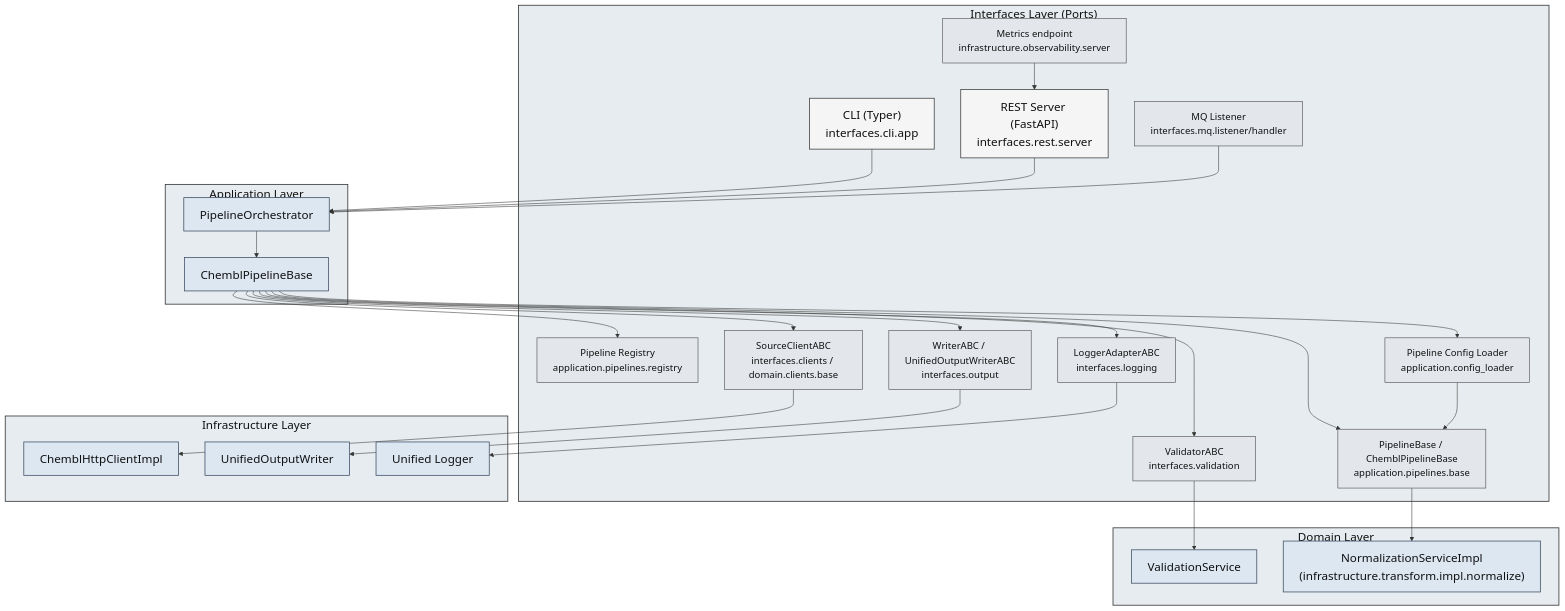
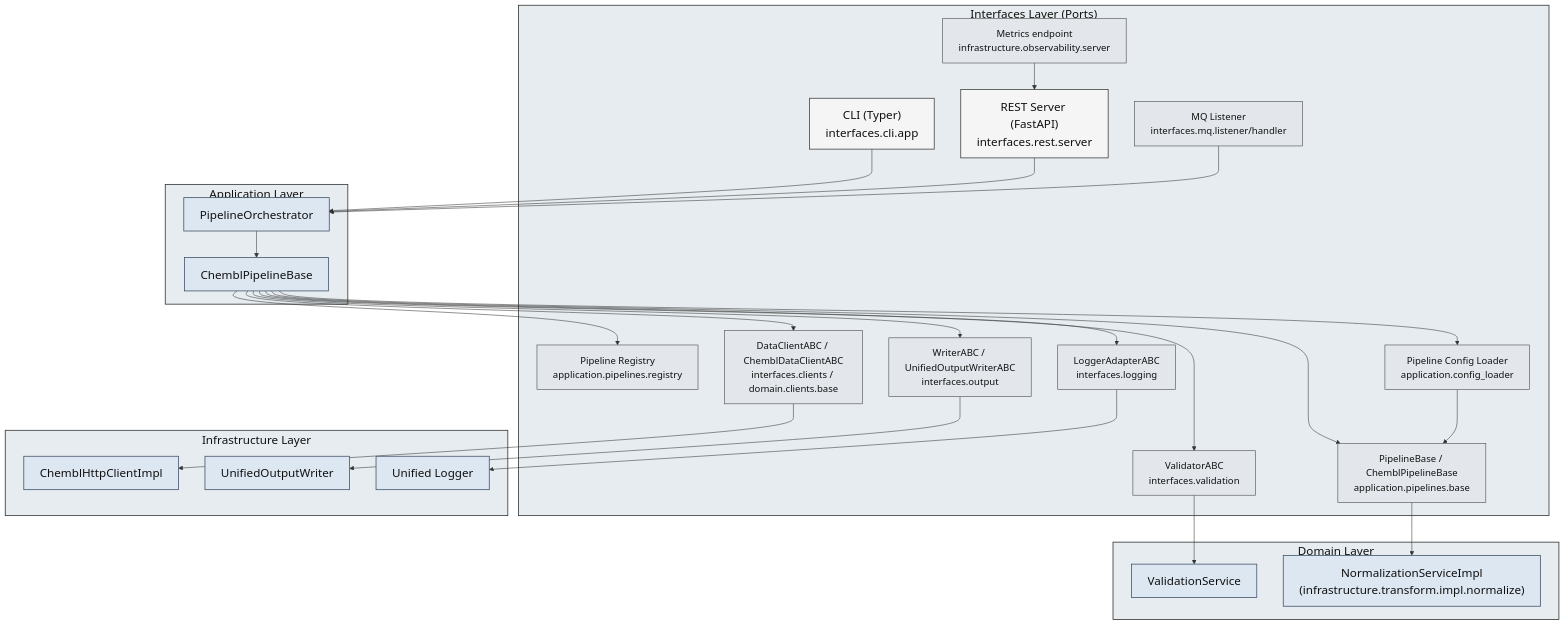
One commit to SatoryKono/BioactivityDataAcquisition changed the diagram in docs/architecture/diagrams/component/04-interfaces-components.mmd. Above: the diagram before and after it, drawn with Mermaid. The commit also changed 11 other files, not shown here.

Commit message:
Refactor client contracts to remove SourceClientABC

```diff
--- a/docs/architecture/diagrams/component/04-interfaces-components.mmd
+++ b/docs/architecture/diagrams/component/04-interfaces-components.mmd
@@ -1,63 +1,63 @@
 ---
 id: 6c47be5a-03c8-4c4b-9294-6d7b1f6c2b4c
 ---
 flowchart TB
 
 classDef componentPrimary   fill:#f5f5f5,stroke:#444,stroke-width:1.5px,color:#111,font-size:22px;
 classDef componentSecondary fill:#e3e7ec,stroke:#555,stroke-width:1.2px,color:#111,font-size:18px;
 classDef external           fill:#dde7f2,stroke:#44546a,stroke-width:1.5px,color:#111,font-size:22px;
 classDef group              fill:#e6ecef,stroke:#333,stroke-width:1.5px,color:#111,font-size:22px;
 
 subgraph Interfaces["Interfaces Layer (Ports)"]
     CLI["CLI (Typer)\ninterfaces.cli.app"]:::componentPrimary
     REST["REST Server (FastAPI)\ninterfaces.rest.server"]:::componentPrimary
     MQ["MQ Listener\ninterfaces.mq.listener/handler"]:::componentSecondary
 
     PipelinePorts["PipelineBase / ChemblPipelineBase\napplication.pipelines.base"]:::componentSecondary
     PipelineRegistry["Pipeline Registry\napplication.pipelines.registry"]:::componentSecondary
     ConfigLoader["Pipeline Config Loader\napplication.config_loader"]:::componentSecondary
-    ClientPorts["SourceClientABC\ninterfaces.clients / domain.clients.base"]:::componentSecondary
+    ClientPorts["DataClientABC / ChemblDataClientABC\ninterfaces.clients / domain.clients.base"]:::componentSecondary
     WriterPorts["WriterABC / UnifiedOutputWriterABC\ninterfaces.output"]:::componentSecondary
     ValidatorPorts["ValidatorABC\ninterfaces.validation"]:::componentSecondary
     LoggerPorts["LoggerAdapterABC\ninterfaces.logging"]:::componentSecondary
     MetricsPort["Metrics endpoint\ninfrastructure.observability.server"]:::componentSecondary
 end
 class Interfaces group;
 
 subgraph Application["Application Layer"]
     Orchestrator["PipelineOrchestrator"]:::external
     Pipelines["ChemblPipelineBase"]:::external
 end
 class Application group;
 
 subgraph Domain["Domain Layer"]
     Validation["ValidationService"]:::external
     Normalization["NormalizationServiceImpl\n(infrastructure.transform.impl.normalize)"]:::external
 end
 class Domain group;
 
 subgraph Infrastructure["Infrastructure Layer"]
     Clients["ChemblHttpClientImpl"]:::external
     Output["UnifiedOutputWriter"]:::external
     Logging["Unified Logger"]:::external
 end
 class Infrastructure group;
 
 CLI --> Orchestrator
 REST --> Orchestrator
 MQ --> Orchestrator
 MetricsPort --> REST
 Orchestrator --> Pipelines
 Pipelines --> PipelinePorts
 Pipelines --> PipelineRegistry
 Pipelines --> ConfigLoader
 Pipelines --> ClientPorts
 Pipelines --> WriterPorts
 Pipelines --> ValidatorPorts
 Pipelines --> LoggerPorts
 ClientPorts --> Clients
 WriterPorts --> Output
 ValidatorPorts --> Validation
 PipelinePorts --> Normalization
 LoggerPorts --> Logging
 ConfigLoader --> PipelinePorts
```
